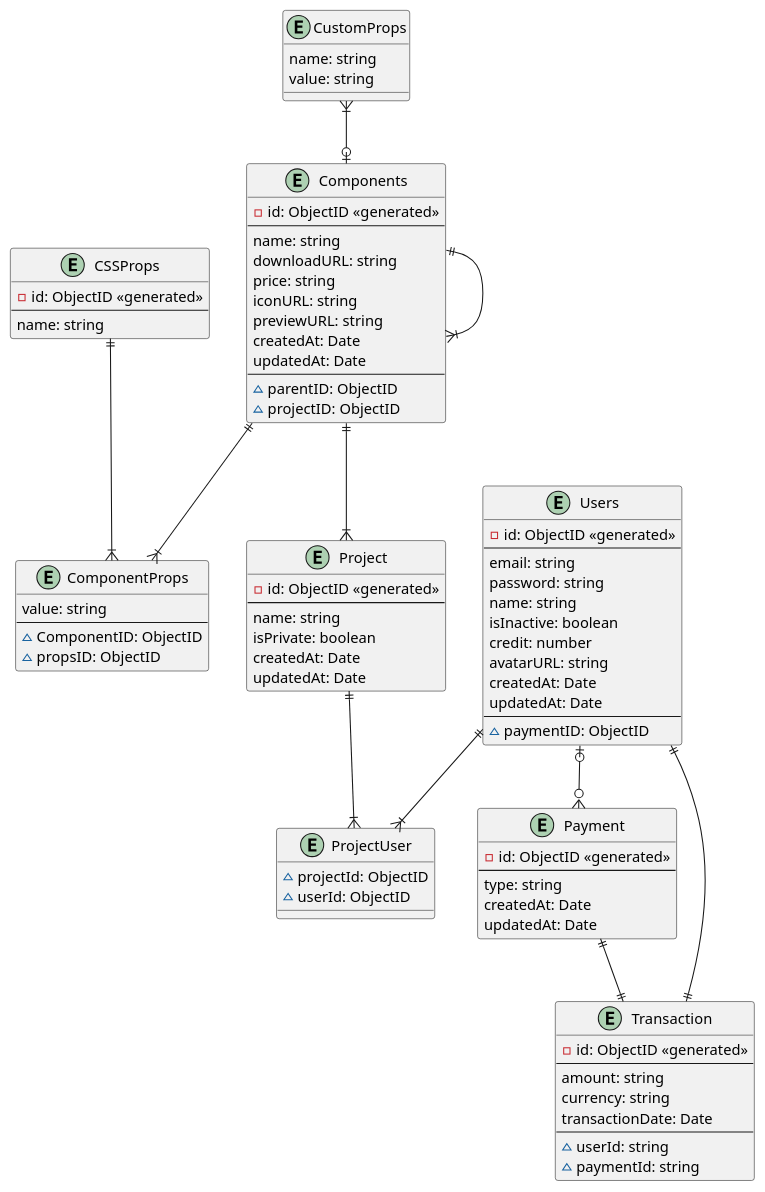
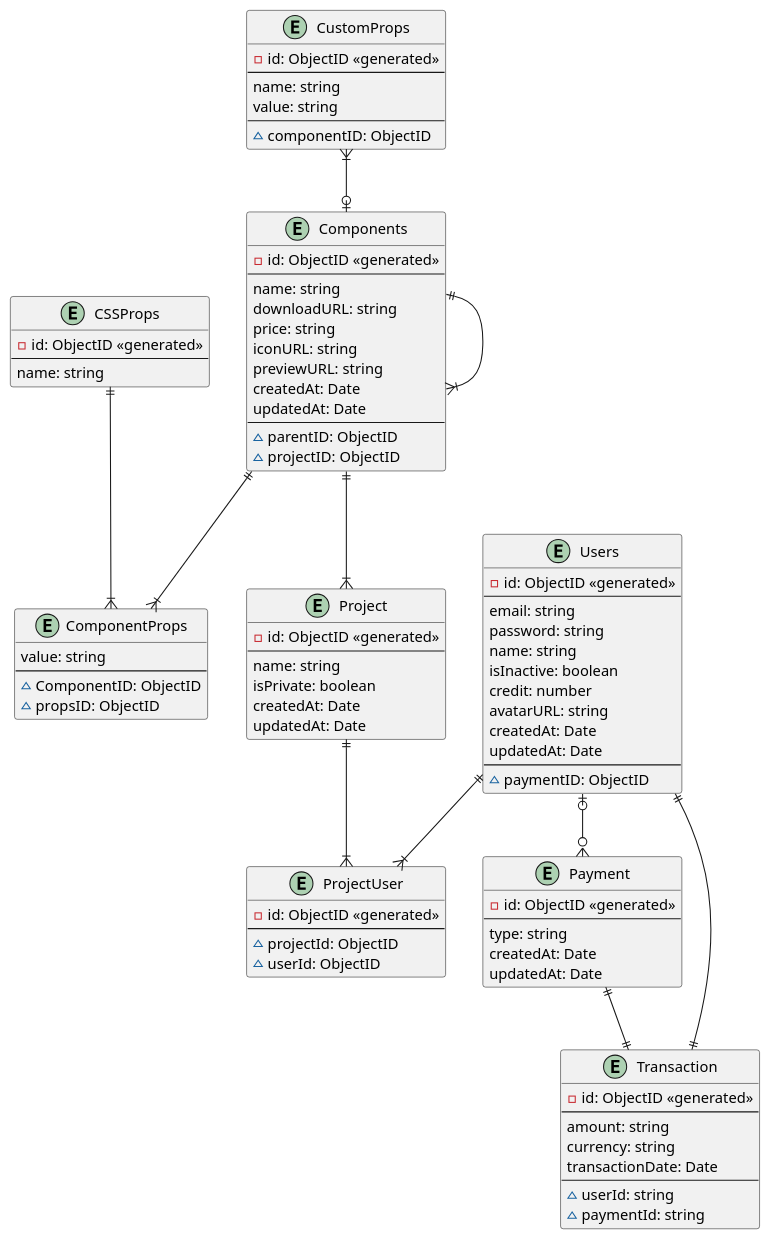
The diagram in docs/architecture/ERD.puml (hoanglt1223/Capstone_Project_BE), drawn with PlantUML before and after one commit. The commit also changed 13 other files, not shown here.

```diff
--- a/docs/architecture/ERD.puml
+++ b/docs/architecture/ERD.puml
@@ -1,90 +1,96 @@
 @startuml SET2020
 entity CSSProps {
   -id: ObjectID <<generated>>
   --
   name: string
 }
 entity Components {
   -id: ObjectID <<generated>>
   --
   name: string
   downloadURL: string
   price: string
   iconURL: string
   previewURL: string
   createdAt: Date
   updatedAt: Date
   --
   ~parentID: ObjectID
   ~projectID: ObjectID
 }
 entity CustomProps {
+  -id: ObjectID <<generated>>
+  --
   name: string
   value: string
+  --
+  ~componentID: ObjectID
 }
 entity ComponentProps {
   value: string
   --
   ~ComponentID: ObjectID
   ~propsID: ObjectID
 }
 entity Project {
   -id: ObjectID <<generated>>
   --
   name: string
   isPrivate: boolean
   createdAt: Date
   updatedAt: Date
 }
 entity ProjectUser {
+  -id: ObjectID <<generated>>
+  --
   ~projectId: ObjectID
   ~userId: ObjectID
 }
 entity Users {
   -id: ObjectID <<generated>>
   --
   email: string
   password: string
   name: string
   isInactive: boolean
   credit: number
   avatarURL: string
   createdAt: Date
   updatedAt: Date
   --
   ~paymentID: ObjectID
 }
 entity Payment {
   -id: ObjectID <<generated>>
   --
   type: string
   createdAt: Date
   updatedAt: Date
 }
 entity Transaction {
   -id: ObjectID <<generated>>
   --
   amount: string
   currency: string
   transactionDate: Date
   --
   ~userId: string
   ~paymentId: string
 }
 CSSProps||--|{ComponentProps
 Components||--|{ComponentProps
 
 CustomProps}|--o|Components
 
 Components||--|{Components
 
 Components||--|{Project
 Users||--|{ProjectUser
 Project||--|{ProjectUser
 
 Users|o--o{Payment
 
 Users||--||Transaction
 Payment||--||Transaction
 
 @enduml
```
